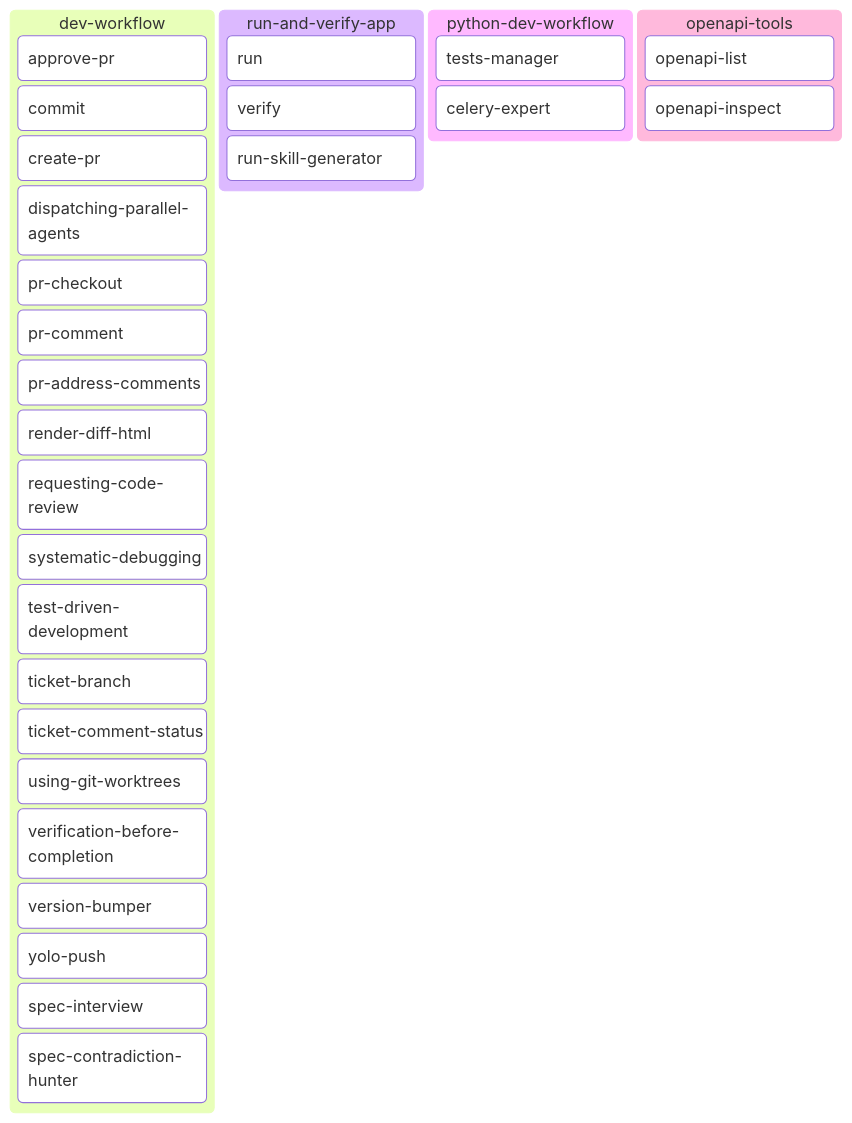
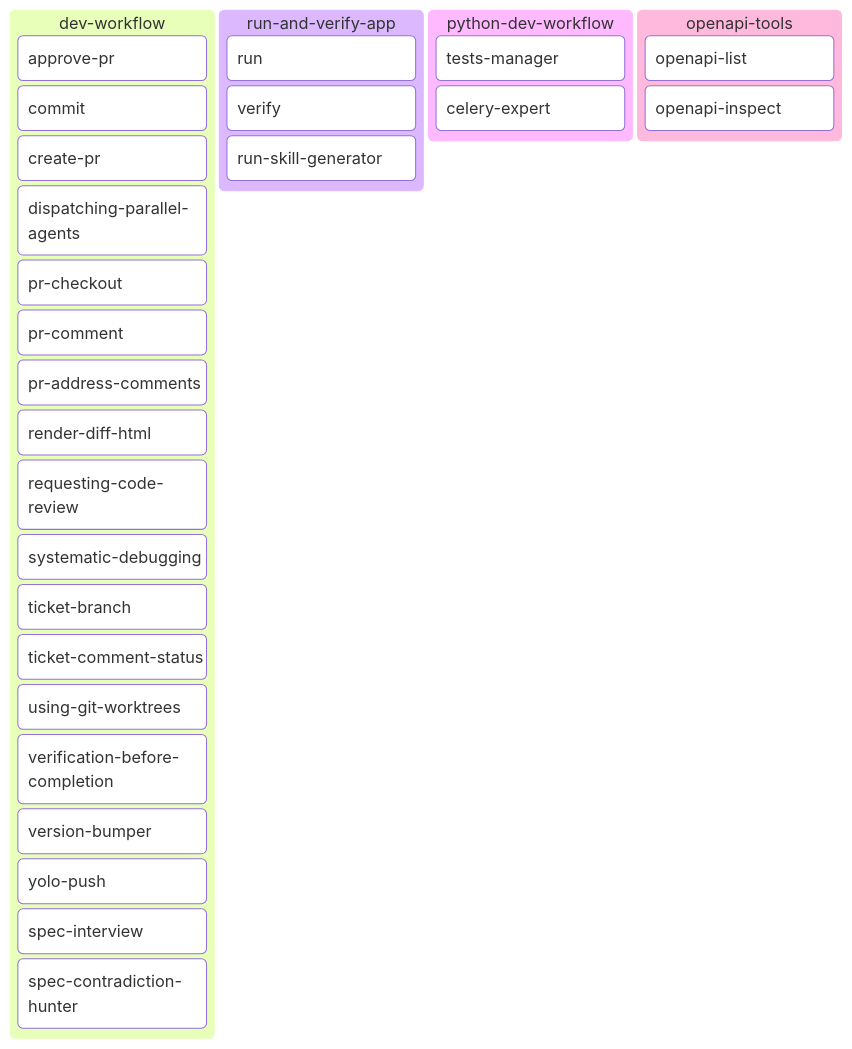
The third of 4 diagrams in README.md (Alex-Kopylov/zweihander), drawn with Mermaid before and after one commit. The commit also changed other lines of this file and 21 other files, not shown here.

````diff
--- a/README.md
+++ b/README.md
@@ -76,33 +76,32 @@
 ```mermaid
 kanban
   dev_workflow[dev-workflow]
     dw_approve_pr[approve-pr]
     dw_commit[commit]
     dw_create_pr[create-pr]
     dw_dispatching_parallel_agents[dispatching-parallel-agents]
     dw_pr_checkout[pr-checkout]
     dw_pr_comment[pr-comment]
     dw_pr_address_comments[pr-address-comments]
     dw_render_diff_html[render-diff-html]
     dw_requesting_code_review[requesting-code-review]
     dw_systematic_debugging[systematic-debugging]
-    dw_test_driven_development[test-driven-development]
     dw_ticket_branch[ticket-branch]
     dw_ticket_comment_status[ticket-comment-status]
     dw_using_git_worktrees[using-git-worktrees]
     dw_verification_before_completion[verification-before-completion]
     dw_version_bumper[version-bumper]
     dw_yolo_push[yolo-push]
     dw_spec_interview[spec-interview]
     dw_spec_contradiction_hunter[spec-contradiction-hunter]
   run_and_verify_app[run-and-verify-app]
     rva_run[run]
     rva_verify[verify]
     rva_run_skill_generator[run-skill-generator]
   python_dev_workflow[python-dev-workflow]
     pdw_tests_manager[tests-manager]
     pdw_celery_expert[celery-expert]
   openapi_tools[openapi-tools]
     oat_openapi_list[openapi-list]
     oat_openapi_inspect[openapi-inspect]
 ```
````
